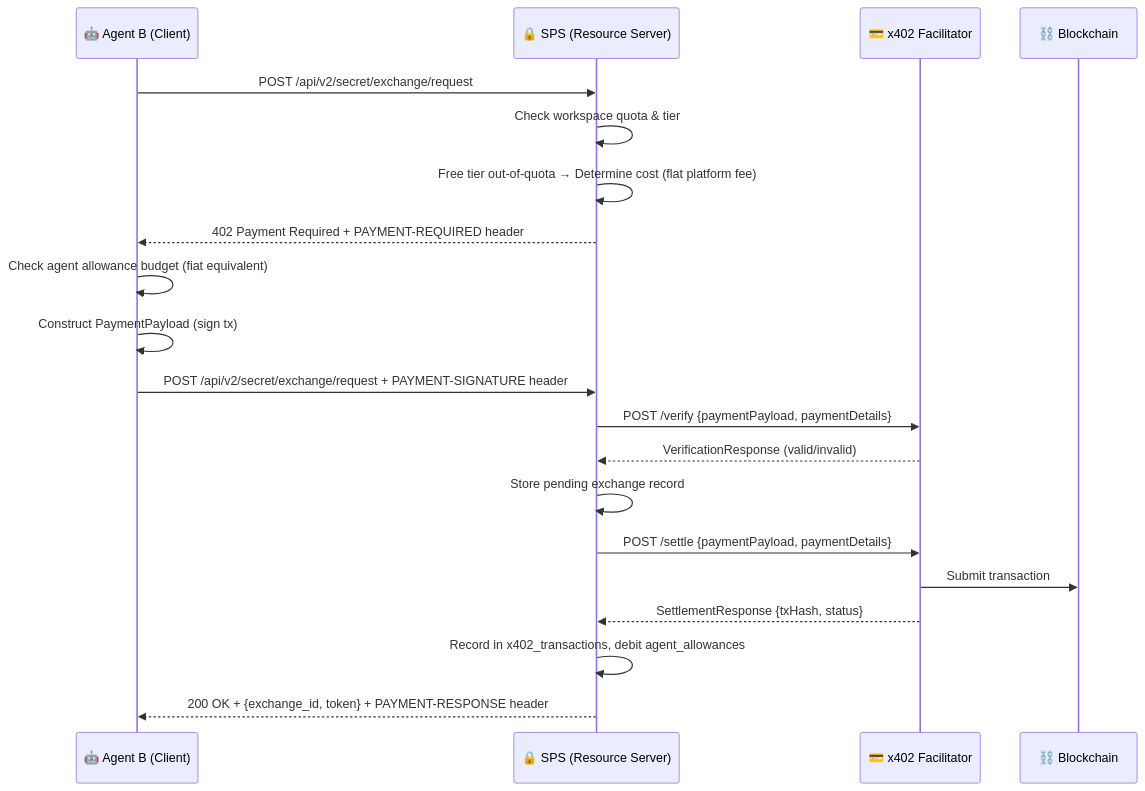
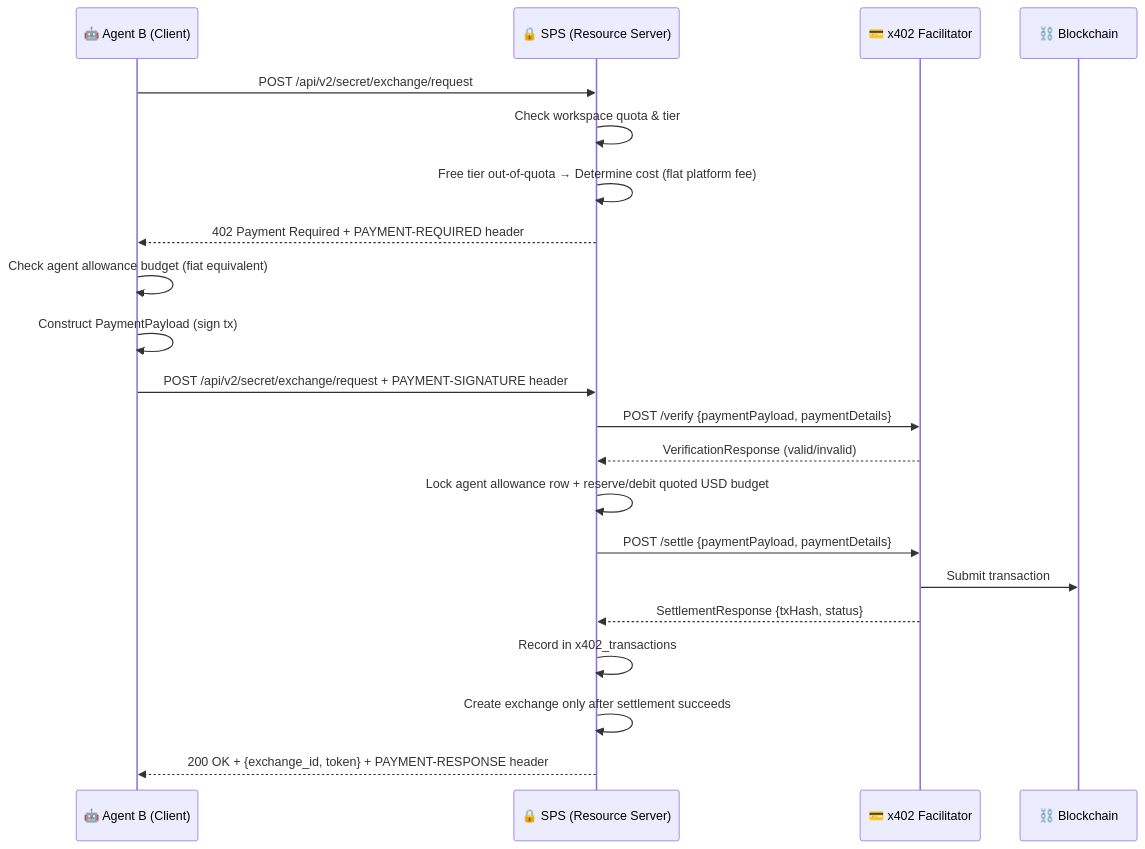
The diagram in docs/architecture/Phase 3B - UI & Operations.md (atas-tech/agent-kryptos), drawn with Mermaid before and after one commit. The commit also changed other lines of this file and 2 other files, not shown here.

Commit message:
docs: finalize phase 3B architecture and testing refinement

````diff
--- a/docs/architecture/Phase 3B - UI & Operations.md
+++ b/docs/architecture/Phase 3B - UI & Operations.md
@@ -413,23 +417,24 @@
 ```mermaid
 sequenceDiagram
     participant Agent as 🤖 Agent B (Client)
     participant SPS as 🔒 SPS (Resource Server)
     participant Facilitator as 💳 x402 Facilitator
     participant Chain as ⛓️ Blockchain
 
     Agent->>SPS: POST /api/v2/secret/exchange/request
     SPS->>SPS: Check workspace quota & tier
     SPS->>SPS: Free tier out-of-quota → Determine cost (flat platform fee)
     SPS-->>Agent: 402 Payment Required + PAYMENT-REQUIRED header
     Agent->>Agent: Check agent allowance budget (fiat equivalent)
     Agent->>Agent: Construct PaymentPayload (sign tx)
     Agent->>SPS: POST /api/v2/secret/exchange/request + PAYMENT-SIGNATURE header
     SPS->>Facilitator: POST /verify {paymentPayload, paymentDetails}
     Facilitator-->>SPS: VerificationResponse (valid/invalid)
-    SPS->>SPS: Store pending exchange record
+    SPS->>SPS: Lock agent allowance row + reserve/debit quoted USD budget
     SPS->>Facilitator: POST /settle {paymentPayload, paymentDetails}
     Facilitator->>Chain: Submit transaction
     Facilitator-->>SPS: SettlementResponse {txHash, status}
-    SPS->>SPS: Record in x402_transactions, debit agent_allowances
+    SPS->>SPS: Record in x402_transactions
+    SPS->>SPS: Create exchange only after settlement succeeds
     SPS-->>Agent: 200 OK + {exchange_id, token} + PAYMENT-RESPONSE header
 ```
````
